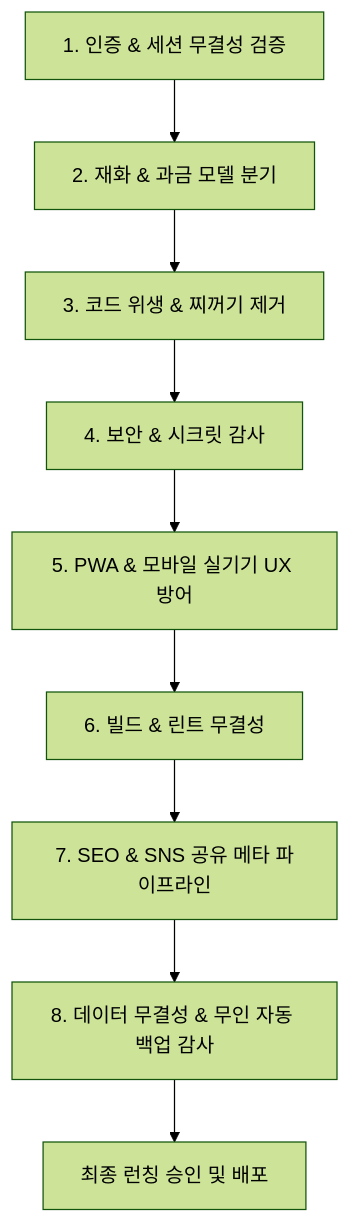
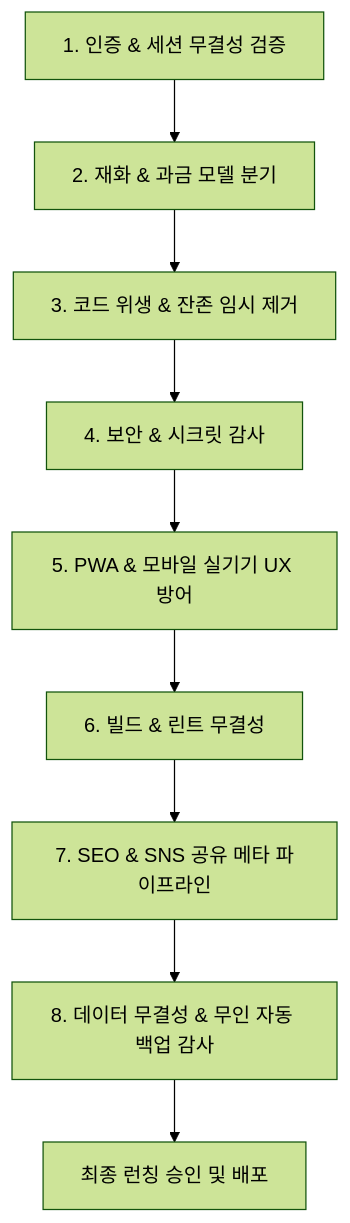
Before and after one commit to Han-jinwook/Ghosti: the diagram in docs/앱_출시_최종점검_체크리스트.md, drawn with Mermaid (forest theme). The commit also changed other lines of this file and 34 other files, not shown here.

````diff
--- a/docs/앱_출시_최종점검_체크리스트.md
+++ b/docs/앱_출시_최종점검_체크리스트.md
@@ -15,11 +15,11 @@
 ```mermaid
 flowchart TD
     A[1. 인증 & 세션 무결성 검증] --> B[2. 재화 & 과금 모델 분기]
-    B --> C[3. 코드 위생 & 찌꺼기 제거]
+    B --> C[3. 코드 위생 & 잔존 임시 제거]
     C --> D[4. 보안 & 시크릿 감사]
     D --> E[5. PWA & 모바일 실기기 UX 방어]
     E --> F[6. 빌드 & 린트 무결성]
     F --> G[7. SEO & SNS 공유 메타 파이프라인]
     G --> H[8. 데이터 무결성 & 무인 자동 백업 감사]
     H --> I[최종 런칭 승인 및 배포]
 ```
````
